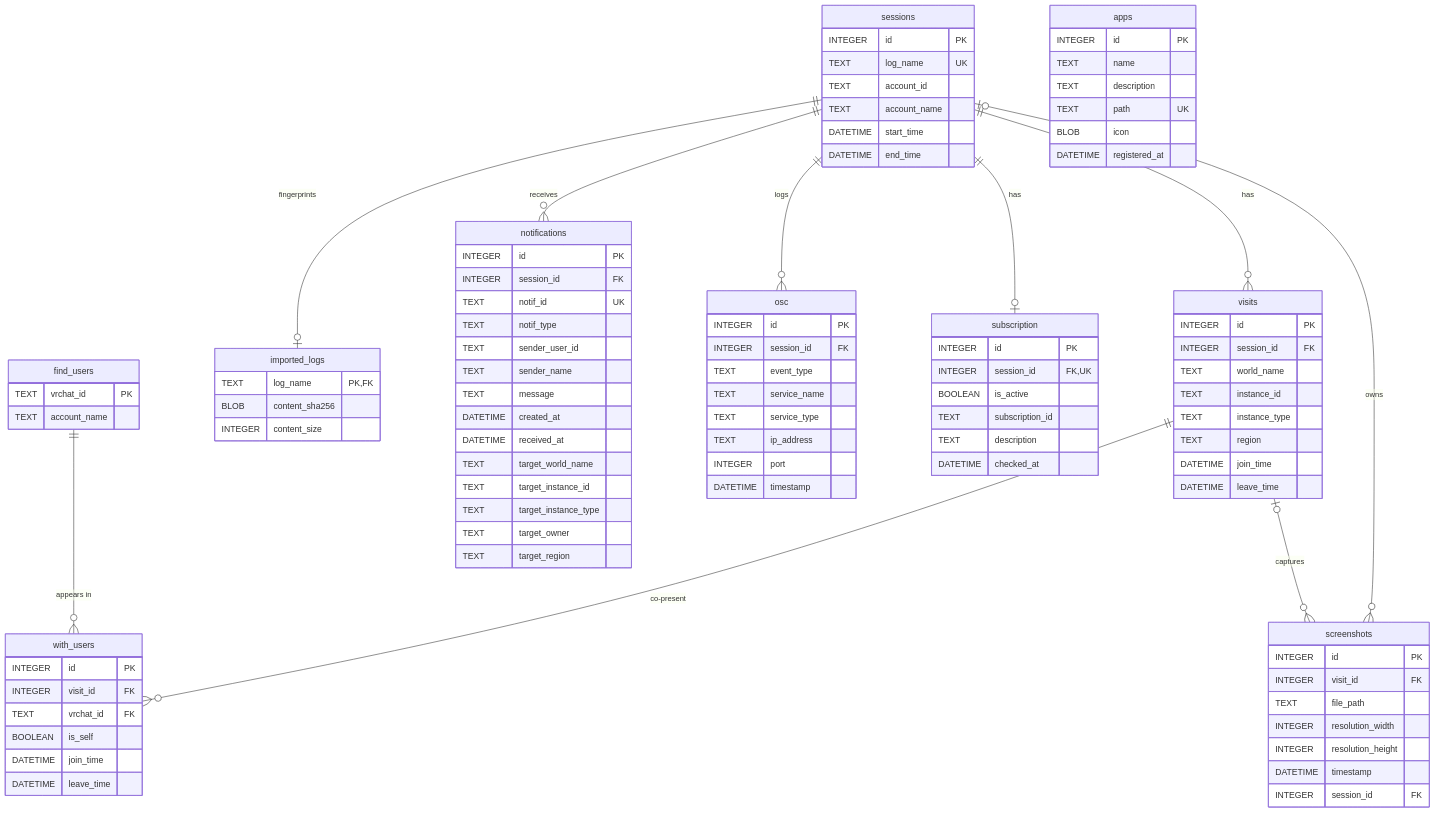
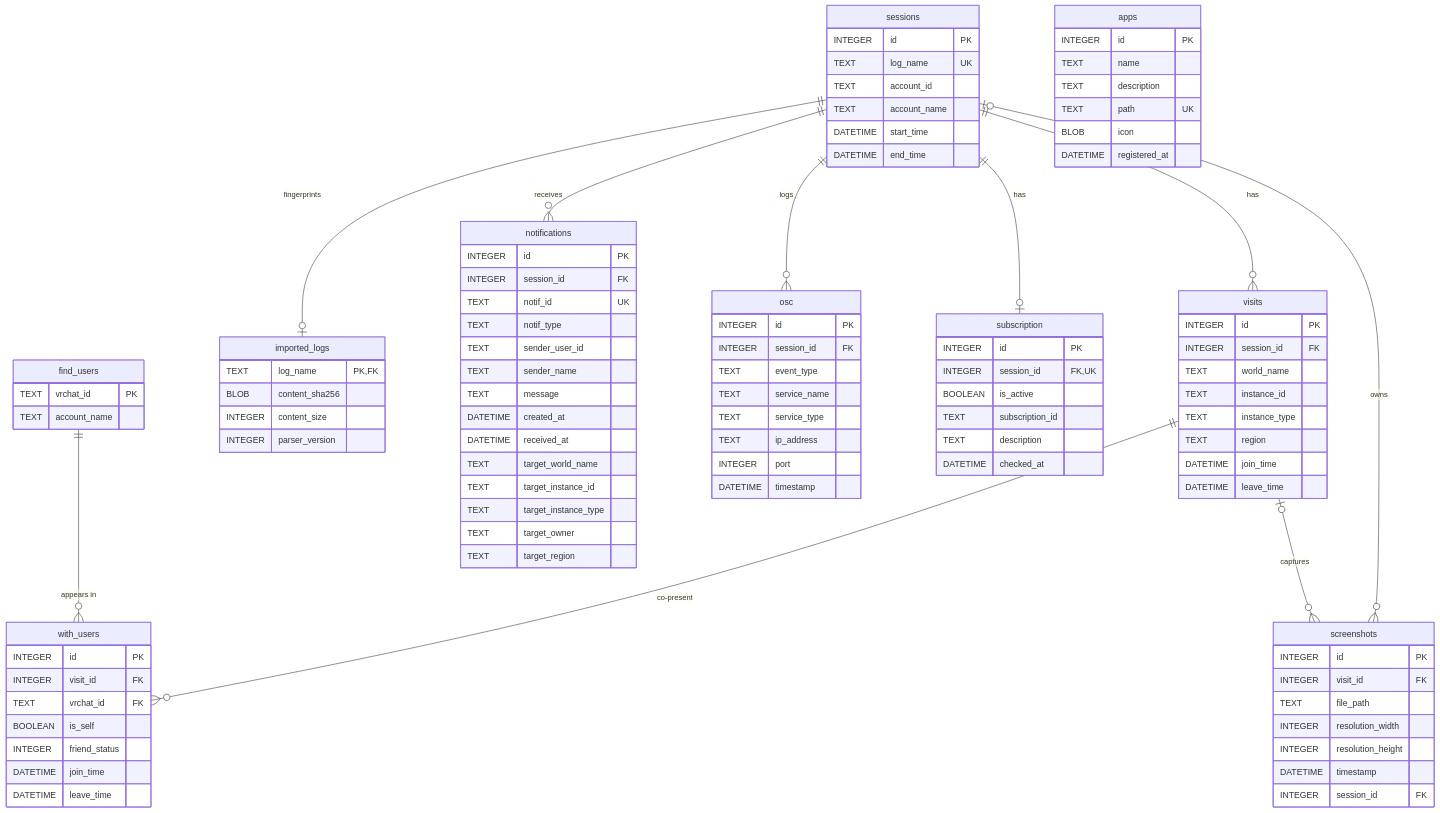
The diagram in docs/database.md (cosmoartsstore-private/stellarecord), drawn with Mermaid before and after one commit. The commit also changed other lines of this file and 82 other files, not shown here.

```diff
--- a/docs/database.md
+++ b/docs/database.md
@@ -115,6 +156,7 @@
         TEXT    log_name PK,FK
         BLOB    content_sha256
         INTEGER content_size
+        INTEGER parser_version
     }
 
     visits {
@@ -138,6 +180,7 @@
         INTEGER  visit_id FK
         TEXT     vrchat_id FK
         BOOLEAN  is_self
+        INTEGER  friend_status
         DATETIME join_time
         DATETIME leave_time
     }
```
